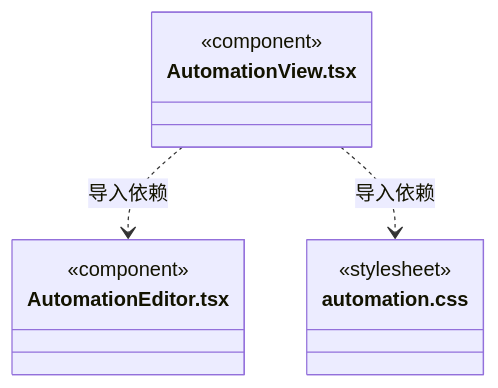
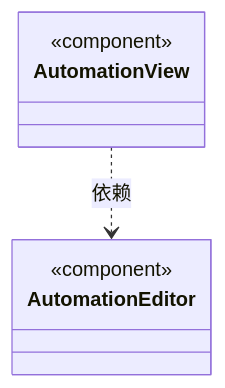
The diagram in src/view/automation/ARCHITECTURE.md (nan023062/cbim), drawn with Mermaid before and after one commit. The commit also changed other lines of this file and 158 other files, not shown here.

Commit message:
docs: model architecture through nested virtual encapsulations

````diff
--- a/src/view/automation/ARCHITECTURE.md
+++ b/src/view/automation/ARCHITECTURE.md
@@ -94,14 +20,12 @@
 ```mermaid
 classDiagram
-class N_src_view_automation_AutomationView_tsx["AutomationView.tsx"] {
+class N_faab5f6ed8f3["AutomationEditor"] {
   <<component>>
 }
-class N_src_view_automation_AutomationEditor_tsx["AutomationEditor.tsx"] {
+click N_faab5f6ed8f3 href "AutomationEditor.tsx"
+class N_633250826e67["AutomationView"] {
   <<component>>
 }
-class N_src_view_automation_automation_css["automation.css"] {
-  <<stylesheet>>
-}
-N_src_view_automation_AutomationView_tsx ..> N_src_view_automation_AutomationEditor_tsx : 导入依赖
-N_src_view_automation_AutomationView_tsx ..> N_src_view_automation_automation_css : 导入依赖
+click N_633250826e67 href "AutomationView.tsx"
+N_633250826e67 ..> N_faab5f6ed8f3 : 依赖
 ```
````
